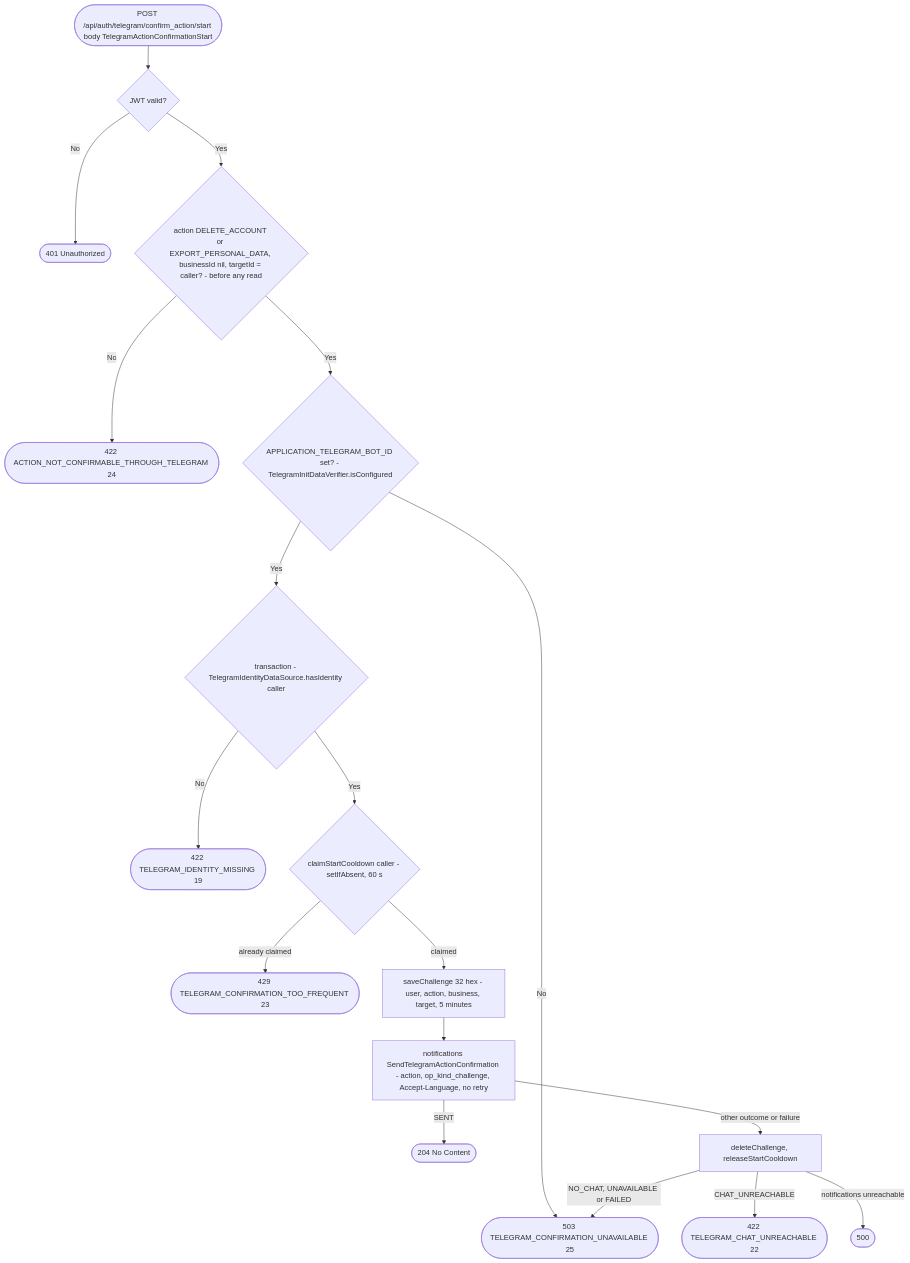
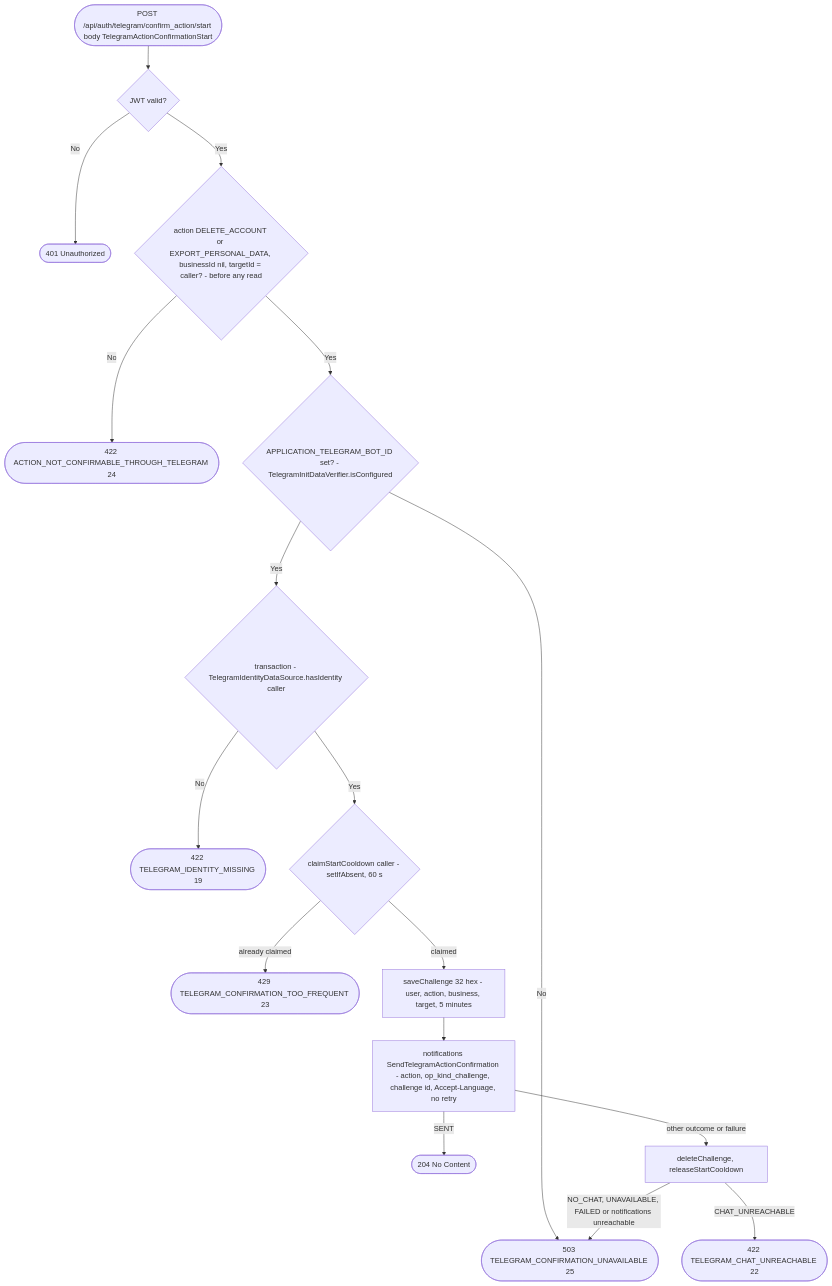
One commit to nocturneproperties/bookkme changed the diagram in docs/operations/authorization/telegram-confirm-action-start.md. Above: the diagram before and after it, drawn with Mermaid. The commit also changed 40 other files, not shown here.

````diff
--- a/docs/operations/authorization/telegram-confirm-action-start.md
+++ b/docs/operations/authorization/telegram-confirm-action-start.md
@@ -29,20 +29,19 @@
 ```mermaid
 flowchart TD
     Start([POST /api/auth/telegram/confirm_action/start body TelegramActionConfirmationStart]) --> Auth{JWT valid?}
     Auth -- No --> R401([401 Unauthorized])
     Auth -- Yes --> Own{"action DELETE_ACCOUNT or EXPORT_PERSONAL_DATA, businessId nil, targetId = caller? - before any read"}
     Own -- No --> R422a([422 ACTION_NOT_CONFIRMABLE_THROUGH_TELEGRAM 24])
     Own -- Yes --> Configured{"APPLICATION_TELEGRAM_BOT_ID set? - TelegramInitDataVerifier.isConfigured"}
     Configured -- No --> R503([503 TELEGRAM_CONFIRMATION_UNAVAILABLE 25])
     Configured -- Yes --> Identity{"transaction - TelegramIdentityDataSource.hasIdentity caller"}
     Identity -- No --> R422b([422 TELEGRAM_IDENTITY_MISSING 19])
     Identity -- Yes --> Cooldown{"claimStartCooldown caller - setIfAbsent, 60 s"}
     Cooldown -- already claimed --> R429([429 TELEGRAM_CONFIRMATION_TOO_FREQUENT 23])
     Cooldown -- claimed --> Save["saveChallenge 32 hex - user, action, business, target, 5 minutes"]
-    Save --> Send["notifications SendTelegramActionConfirmation - action, op_kind_challenge, Accept-Language, no retry"]
+    Save --> Send["notifications SendTelegramActionConfirmation - action, op_kind_challenge, challenge id, Accept-Language, no retry"]
     Send -- SENT --> R204([204 No Content])
     Send -- other outcome or failure --> GiveBack["deleteChallenge, releaseStartCooldown"]
     GiveBack -- CHAT_UNREACHABLE --> R422c([422 TELEGRAM_CHAT_UNREACHABLE 22])
-    GiveBack -- NO_CHAT, UNAVAILABLE or FAILED --> R503
-    GiveBack -- notifications unreachable --> R500([500])
+    GiveBack -- NO_CHAT, UNAVAILABLE, FAILED or notifications unreachable --> R503
 ```
````
